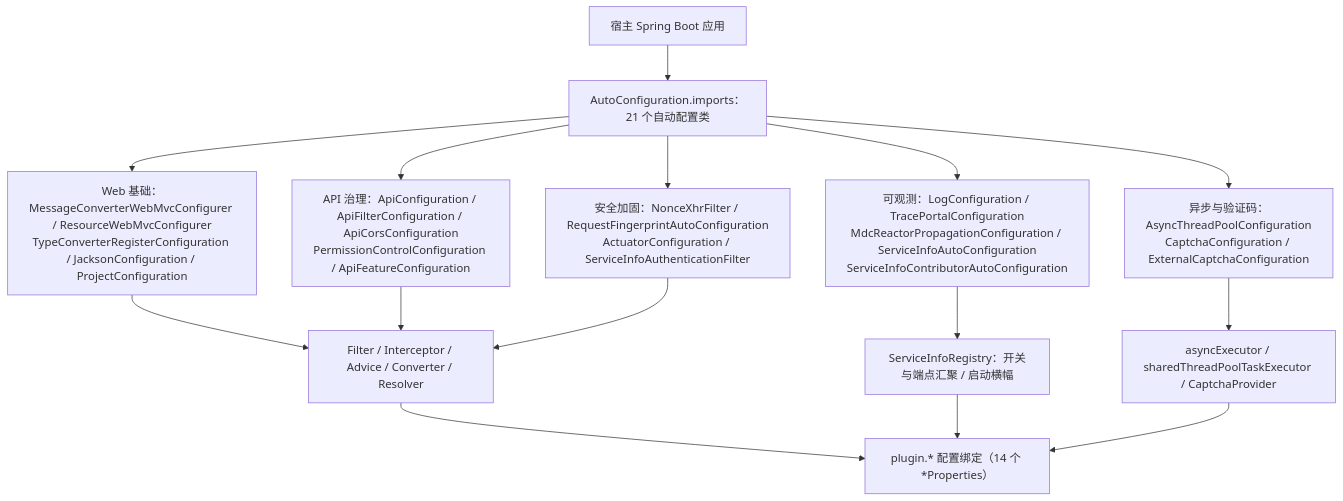
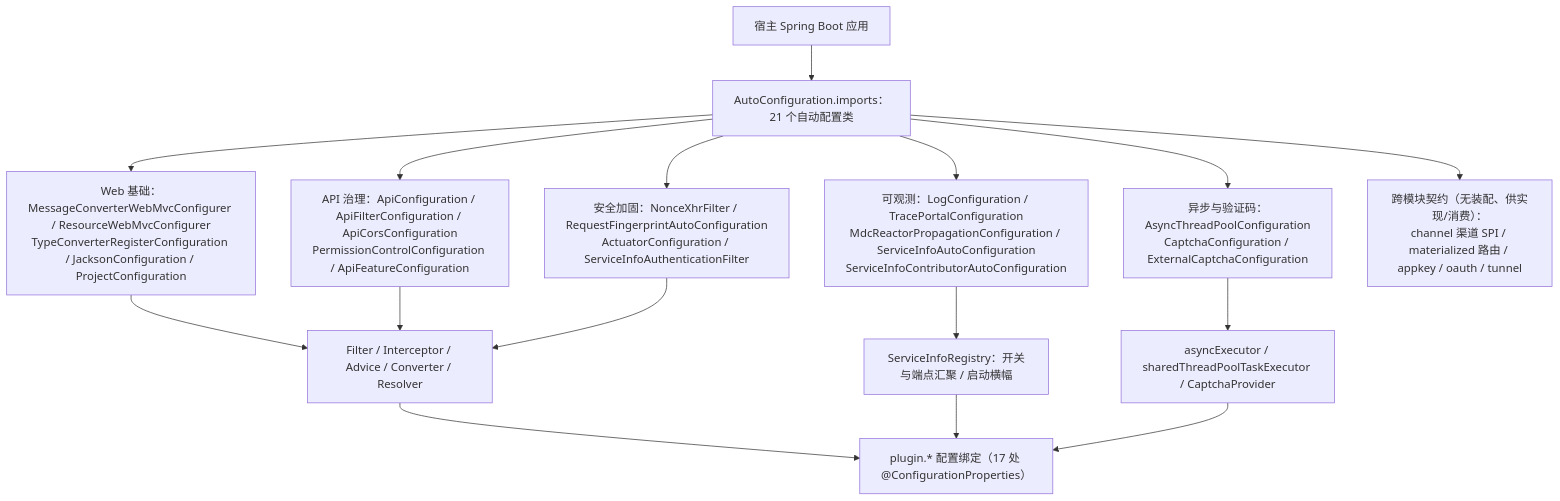
Before and after one commit to CHTK001/spring-support-parent-starter: the first of 2 diagrams in spring-support-common-starter/README.md, drawn with Mermaid. The commit also changed other lines of this file and 2 other files, not shown here.

````diff
--- a/spring-support-common-starter/README.md
+++ b/spring-support-common-starter/README.md
@@ -19,17 +19,18 @@
 ```mermaid
 graph TB
     HOST["宿主 Spring Boot 应用"] --> AUTO["AutoConfiguration.imports：21 个自动配置类"]
     AUTO --> WEB["Web 基础：MessageConverterWebMvcConfigurer / ResourceWebMvcConfigurer<br/>TypeConverterRegisterConfiguration / JacksonConfiguration / ProjectConfiguration"]
     AUTO --> APIC["API 治理：ApiConfiguration / ApiFilterConfiguration / ApiCorsConfiguration<br/>PermissionControlConfiguration / ApiFeatureConfiguration"]
     AUTO --> SEC["安全加固：NonceXhrFilter / RequestFingerprintAutoConfiguration<br/>ActuatorConfiguration / ServiceInfoAuthenticationFilter"]
     AUTO --> OBS["可观测：LogConfiguration / TracePortalConfiguration<br/>MdcReactorPropagationConfiguration / ServiceInfoAutoConfiguration<br/>ServiceInfoContributorAutoConfiguration"]
     AUTO --> ASY["异步与验证码：AsyncThreadPoolConfiguration<br/>CaptchaConfiguration / ExternalCaptchaConfiguration"]
+    AUTO --> CONTRACT["跨模块契约（无装配、供实现/消费）：<br/>channel 渠道 SPI / materialized 路由 / appkey / oauth / tunnel"]
     WEB --> LAYER["Filter / Interceptor / Advice / Converter / Resolver"]
     APIC --> LAYER
     SEC --> LAYER
     OBS --> REG["ServiceInfoRegistry：开关与端点汇聚 / 启动横幅"]
     ASY --> POOL["asyncExecutor / sharedThreadPoolTaskExecutor / CaptchaProvider"]
-    LAYER --> PROPS["plugin.* 配置绑定（14 个 *Properties）"]
+    LAYER --> PROPS["plugin.* 配置绑定（17 处 @ConfigurationProperties）"]
     REG --> PROPS
     POOL --> PROPS
 ```
````
